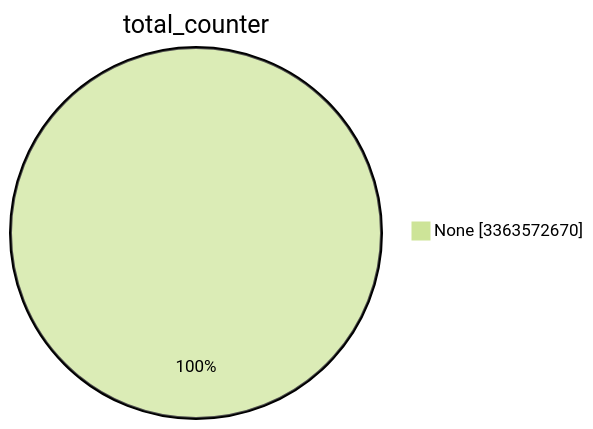
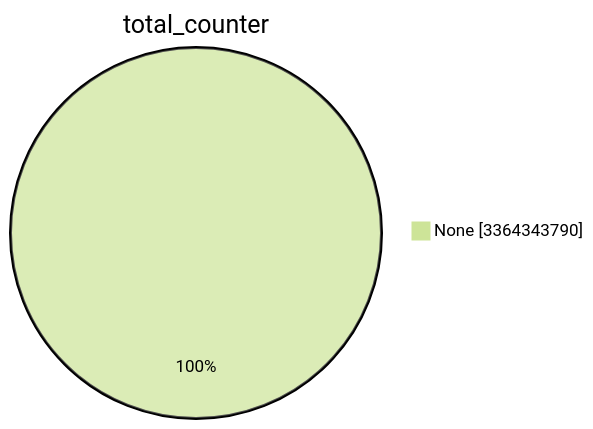
Before and after one commit to christiankrug/ctmonitor_visualization: the first of 15 diagrams in TOTAL/README.md, drawn with Mermaid (forest theme). The commit also changed other lines of this file, not shown here.

````diff
--- a/TOTAL/README.md
+++ b/TOTAL/README.md
@@ -1,5 +1,5 @@
 ```mermaid
 pie showData
 title total_counter
-"None" :3363572670
+"None" :3364343790
 ```
````
